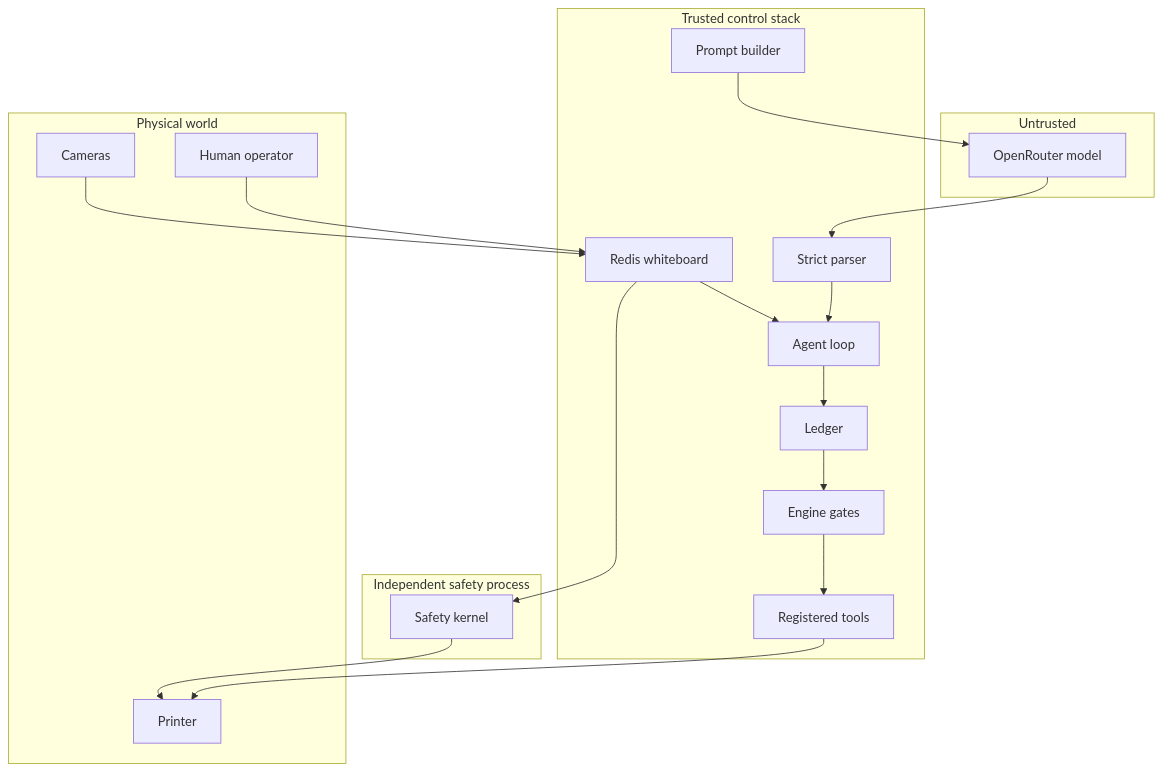
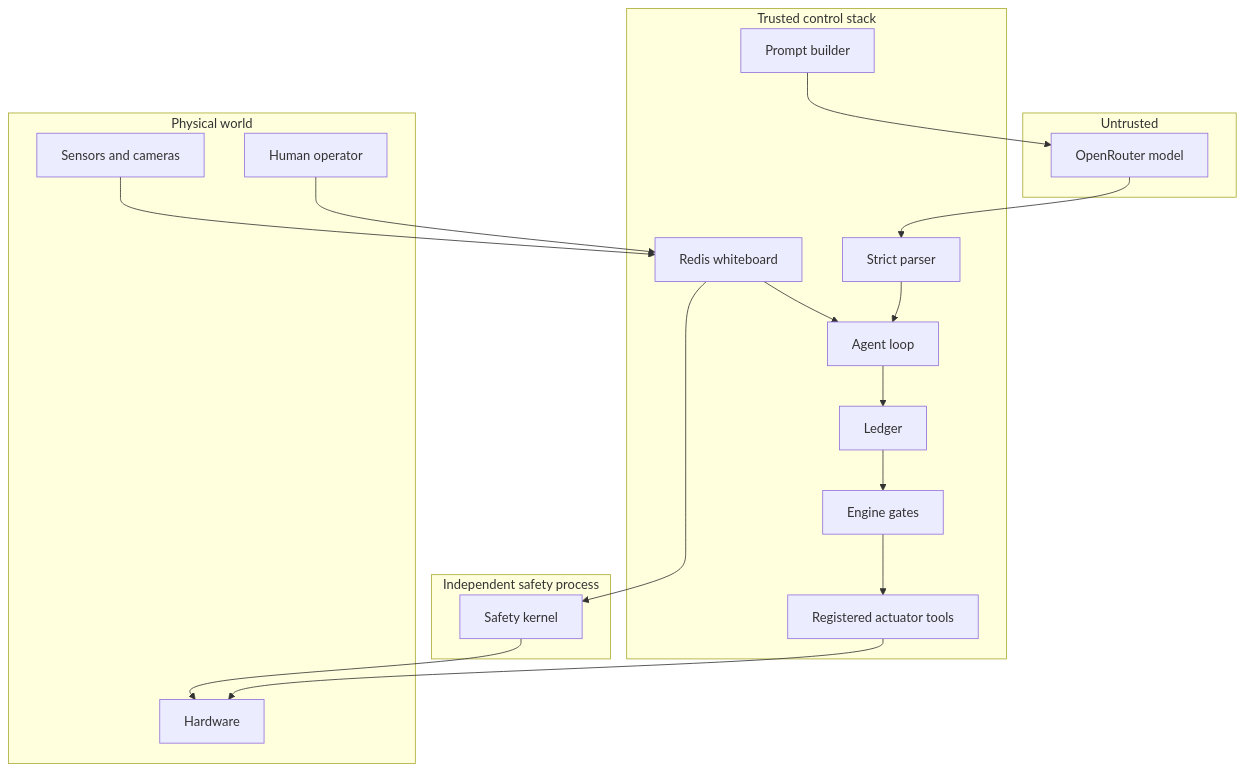
The fifth of 5 diagrams in ARCHITECTURE.md (anieyrudh/Wallee), drawn with Mermaid before and after one commit. The commit also changed other lines of this file and 9 other files, not shown here.

Commit message:
v5: hardware-agnostic ARCHITECTURE.md, device pack READMEs, sensor vs actuator distinction

````diff
--- a/ARCHITECTURE.md
+++ b/ARCHITECTURE.md
@@ -513,36 +529,36 @@
 ```mermaid
 flowchart TB
     subgraph Untrusted["Untrusted"]
         LLM["OpenRouter model"]
     end
     subgraph Trusted["Trusted control stack"]
         Prompt["Prompt builder"]
         Parser["Strict parser"]
         Agent["Agent loop"]
         Ledger["Ledger"]
         Engine["Engine gates"]
-        Tools["Registered tools"]
+        Tools["Registered actuator tools"]
         WB["Redis whiteboard"]
     end
     subgraph Safety["Independent safety process"]
         Kernel["Safety kernel"]
     end
     subgraph Physical["Physical world"]
-        Printer["Printer"]
-        Cameras["Cameras"]
+        Machine["Hardware"]
+        Sensors["Sensors and cameras"]
         Human["Human operator"]
     end
 
     Prompt --> LLM
     LLM --> Parser
     Parser --> Agent
     Agent --> Ledger
     Ledger --> Engine
     Engine --> Tools
-    Tools --> Printer
-    Cameras --> WB
+    Tools --> Machine
+    Sensors --> WB
     Human --> WB
     WB --> Agent
     WB --> Kernel
-    Kernel --> Printer
+    Kernel --> Machine
 ```
````
